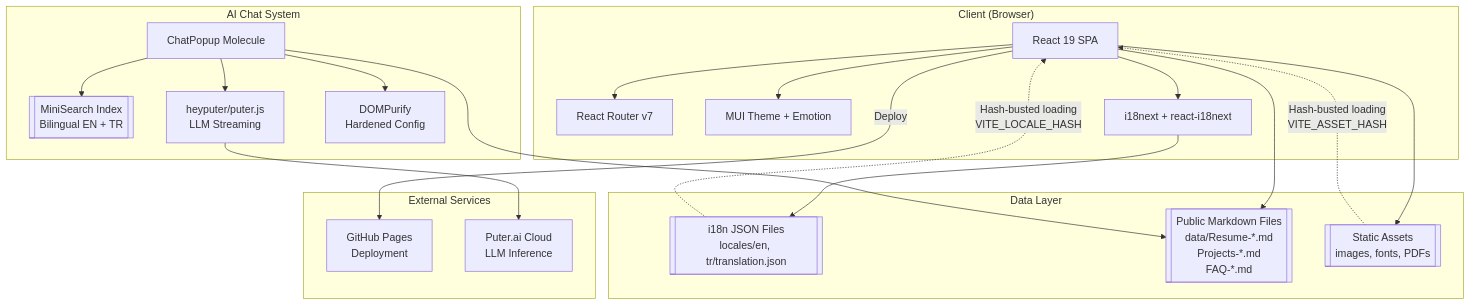
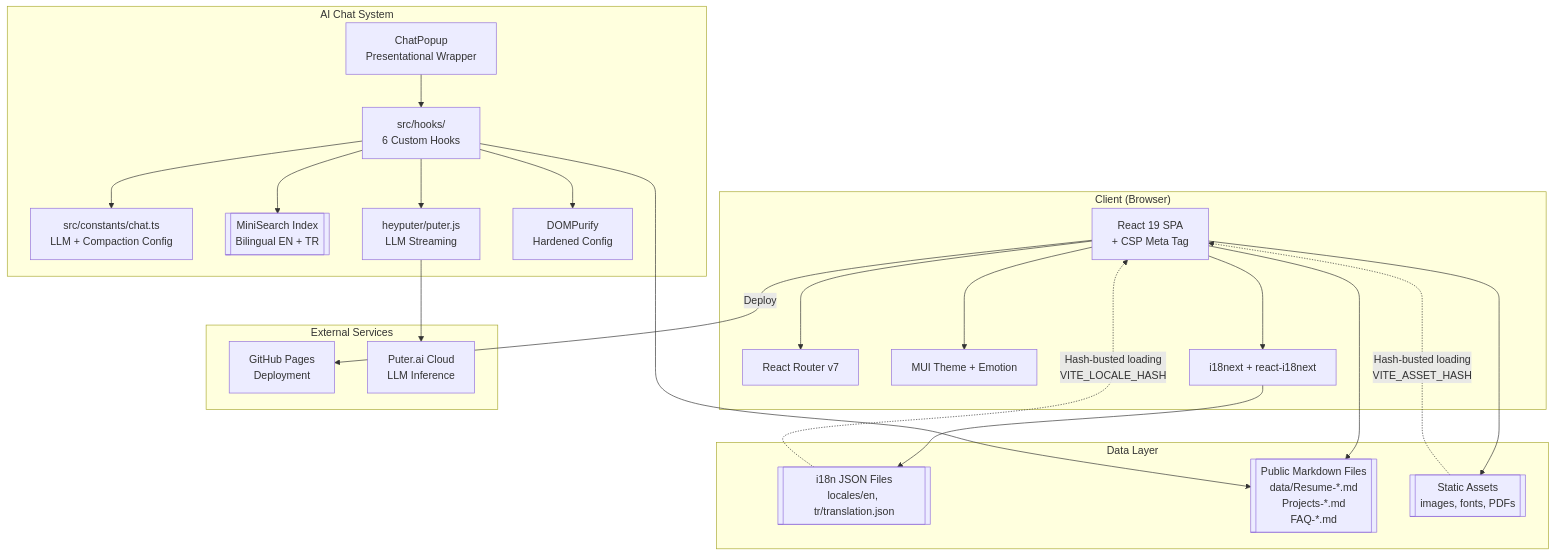
Before and after one commit to ahmadmdabit/ahmadmdabit.github.io: the first of 15 diagrams in ARCHITECTURE-DIAGRAMS.md, drawn with Mermaid. The commit also changed other lines of this file and 12 other files, not shown here.

First line of the commit message:
refactor(chat): extract chat logic into dedicated hooks and add CSP

````diff
--- a/ARCHITECTURE-DIAGRAMS.md
+++ b/ARCHITECTURE-DIAGRAMS.md
@@ -9,45 +9,49 @@
 ```mermaid
 graph TB
     subgraph "Client (Browser)"
-        UI["React 19 SPA"]
+        UI["React 19 SPA\n+ CSP Meta Tag"]
         Router["React Router v7"]
         Theme["MUI Theme + Emotion"]
         I18n["i18next + react-i18next"]
     end
 
     subgraph "Data Layer"
         I18nData[["i18n JSON Files\nlocales/en, tr/translation.json"]]
         PublicData[["Public Markdown Files\ndata/Resume-*.md\nProjects-*.md\nFAQ-*.md"]]
         Assets[["Static Assets\nimages, fonts, PDFs"]]
     end
 
     subgraph "AI Chat System"
-        ChatPopup["ChatPopup Molecule"]
+        ChatPopup["ChatPopup\nPresentational Wrapper"]
+        Hooks["src/hooks/\n6 Custom Hooks"]
+        Constants["src/constants/chat.ts\nLLM + Compaction Config"]
         MiniSearch[["MiniSearch Index\nBilingual EN + TR"]]
         PuterJS["heyputer/puter.js\nLLM Streaming"]
         DOMPurify["DOMPurify\nHardened Config"]
     end
 
     subgraph "External Services"
         GitHubPages["GitHub Pages\nDeployment"]
         PuterAPI["Puter.ai Cloud\nLLM Inference"]
     end
 
     UI --> Router
     UI --> Theme
     UI --> I18n
     I18n --> I18nData
     UI --> PublicData
     UI --> Assets
 
-    ChatPopup --> MiniSearch
-    ChatPopup --> PuterJS
-    ChatPopup --> DOMPurify
-    ChatPopup --> PublicData
+    ChatPopup --> Hooks
+    Hooks --> MiniSearch
+    Hooks --> PuterJS
+    Hooks --> DOMPurify
+    Hooks --> PublicData
+    Hooks --> Constants
     PuterJS --> PuterAPI
 
     I18nData -.->|Hash-busted loading\nVITE_LOCALE_HASH| UI
     Assets -.->|Hash-busted loading\nVITE_ASSET_HASH| UI
 
     UI -->|Deploy| GitHubPages
 ```
````
